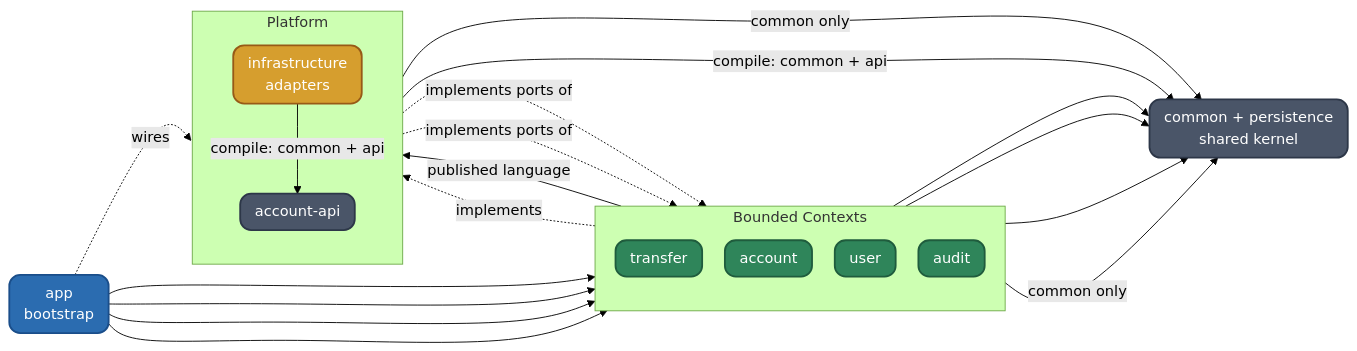
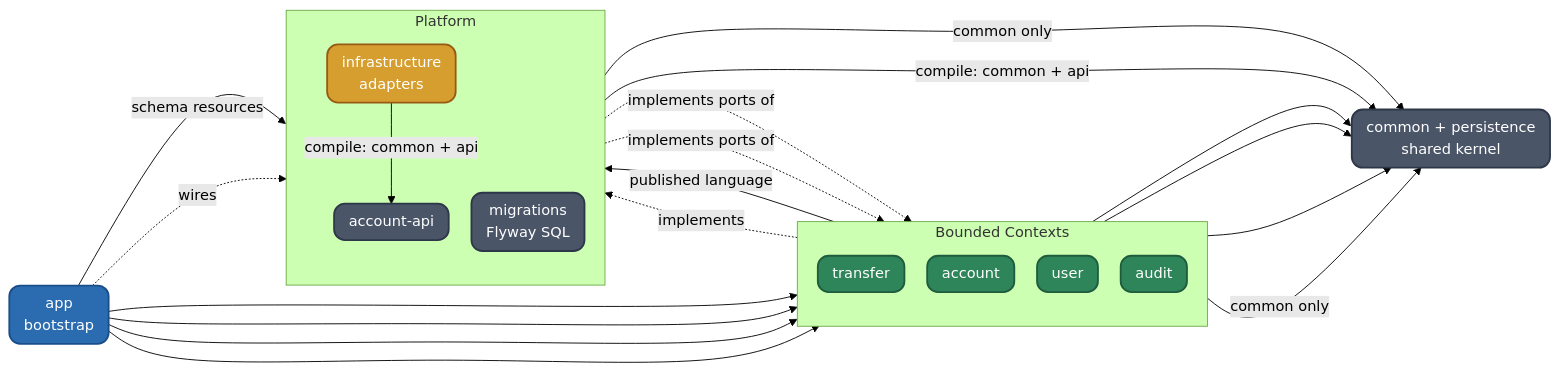
The diagram in readme.md (BerkanApaydin/core-banking), drawn with Mermaid (forest theme) before and after one commit. The commit also changed other lines of this file and 86 other files, not shown here.

````diff
--- a/readme.md
+++ b/readme.md
@@ -65,36 +66,38 @@
 ```mermaid
 %%{init: {'flowchart': {'rankSpacing': 0, 'nodeSpacing': 25, 'curve': 'natural', 'padding': 0}}}%%
 graph LR
     classDef boot fill:#2B6CB0,stroke:#1A4E8A,color:#fff,stroke-width:2px,rx:12,ry:12;
     classDef ctx fill:#2F855A,stroke:#1F5C3D,color:#fff,stroke-width:2px,rx:12,ry:12;
     classDef plat fill:#4A5568,stroke:#2D3748,color:#fff,stroke-width:2px,rx:12,ry:12;
     classDef infraC fill:#D69E2E,stroke:#975A16,color:#fff,stroke-width:2px,rx:12,ry:12;
 
     app[app<br/>bootstrap]:::boot
 
     subgraph contexts[Bounded Contexts]
         direction TB
         transfer[transfer]:::ctx
         account[account]:::ctx
         user[user]:::ctx
         audit[audit]:::ctx
     end
 
     subgraph platform[Platform]
         direction TB
         api[account-api]:::plat
+        migs[migrations<br/>Flyway SQL]:::plat
         infra[infrastructure<br/>adapters]:::infraC
     end
 
     shared[common + persistence<br/>shared kernel]:::plat
 
     app --> transfer & account & user & audit
+    app -- schema resources --> migs
     app -. wires .-> infra
     transfer -- published language --> api
     account -. implements .-> api
     transfer & account & user --> shared
     audit -- common only --> shared
     api -- common only --> shared
     infra -- compile: common + api --> shared & api
     infra -. implements ports of .-> user & audit
 ```
````
